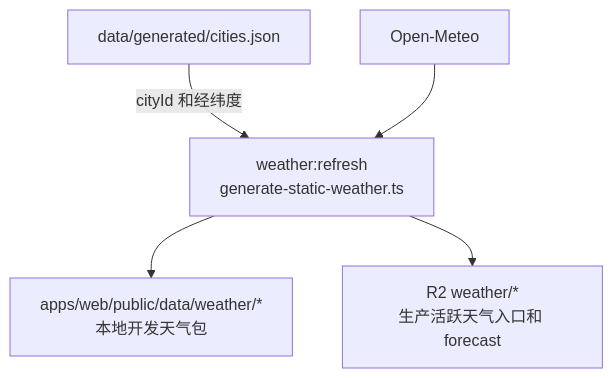
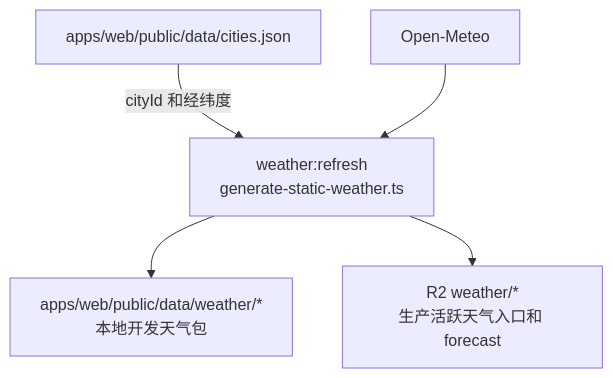
One commit to xiaomingio/weather-trip changed the sixth of 6 diagrams in docs/specs/31-data-flow.md. Above: the diagram before and after it, drawn with Mermaid. The commit also changed other lines of this file and 499 other files, not shown here.

Commit message:
chore: compact generated public data

````diff
--- a/docs/specs/31-data-flow.md
+++ b/docs/specs/31-data-flow.md
@@ -239,13 +271,13 @@
 ```mermaid
 flowchart TB
-  citiesGenerated["data/generated/cities.json"]
+  citiesGenerated["apps/web/public/data/cities.json"]
   openMeteo["Open-Meteo"]
   generateWeather["weather:refresh<br/>generate-static-weather.ts"]
   localWeather["apps/web/public/data/weather/*<br/>本地开发天气包"]
   r2Weather["R2 weather/*<br/>生产活跃天气入口和 forecast"]
 
   citiesGenerated -->|cityId 和经纬度| generateWeather
   openMeteo --> generateWeather
   generateWeather --> localWeather
   generateWeather --> r2Weather
 ```
````
